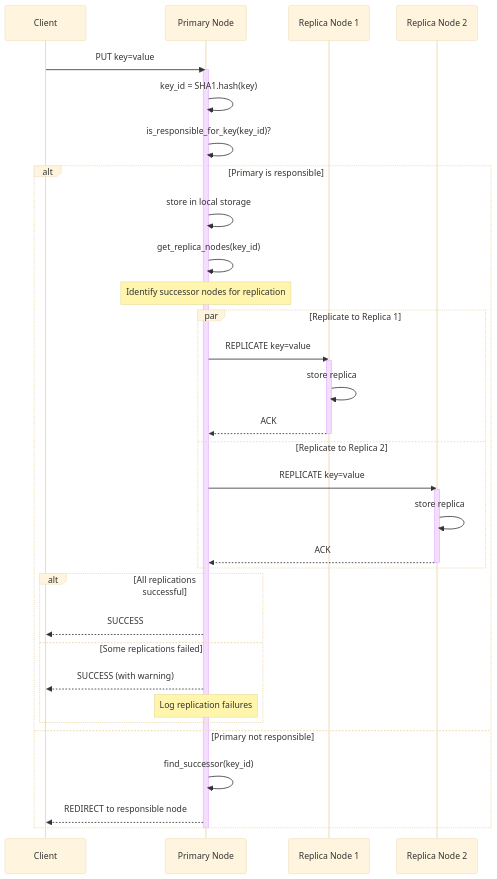
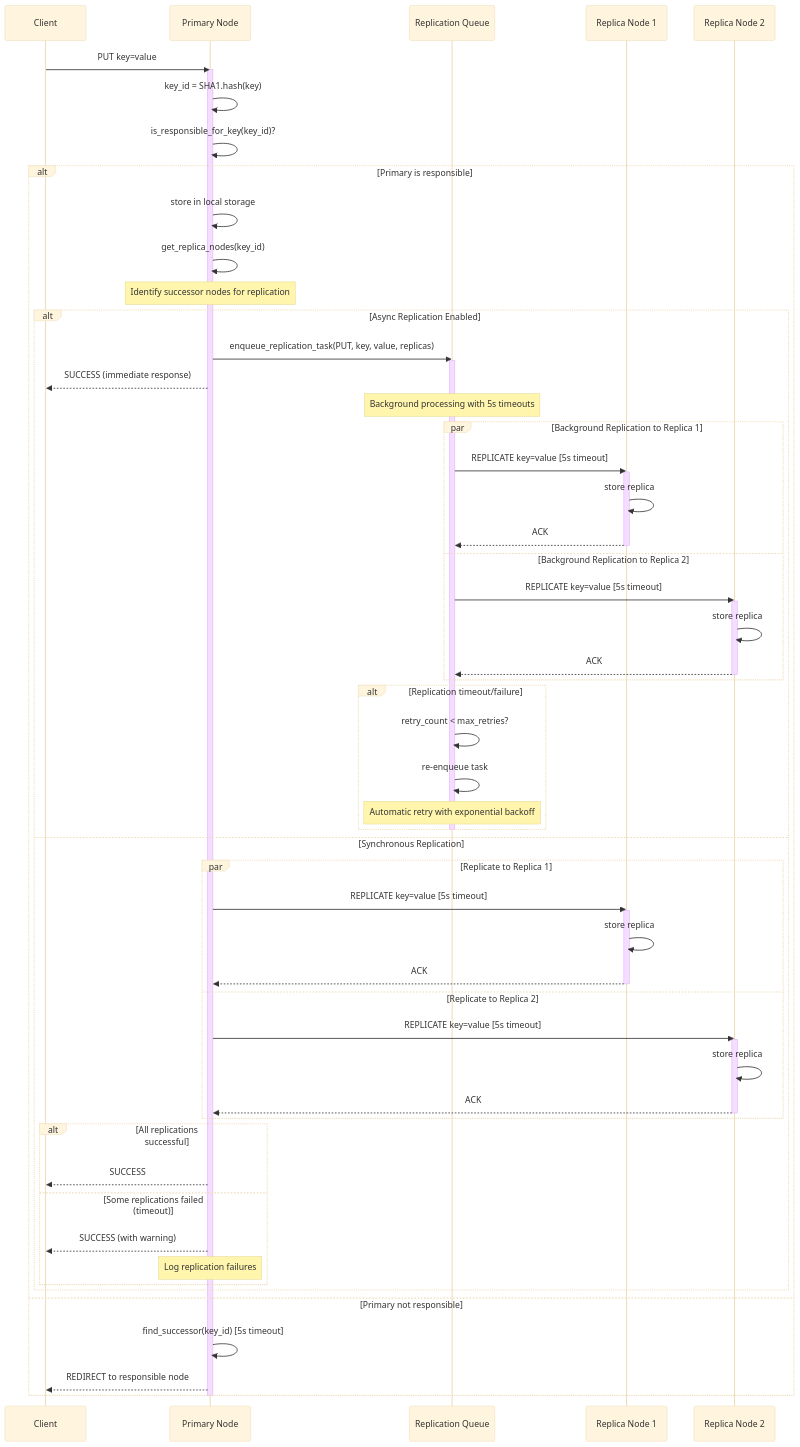
Before and after one commit to ryogrid/FunnelKVS-CPP: the fourth of 7 diagrams in CHORD_COMMUNICATION_SEQUENCE.md, drawn with Mermaid (base theme). The commit also changed other lines of this file and 3 other files, not shown here.

````diff
--- a/CHORD_COMMUNICATION_SEQUENCE.md
+++ b/CHORD_COMMUNICATION_SEQUENCE.md
@@ -178,45 +183,74 @@
 ```mermaid
 sequenceDiagram
     participant Client as Client
     participant PrimaryNode as Primary Node
+    participant ReplicationQueue as Replication Queue
     participant Replica1 as Replica Node 1
     participant Replica2 as Replica Node 2
 
     Client->>PrimaryNode: PUT key=value
     activate PrimaryNode
     
     PrimaryNode->>PrimaryNode: key_id = SHA1.hash(key)
     PrimaryNode->>PrimaryNode: is_responsible_for_key(key_id)?
     
     alt Primary is responsible
         PrimaryNode->>PrimaryNode: store in local storage
         
         PrimaryNode->>PrimaryNode: get_replica_nodes(key_id)
         Note over PrimaryNode: Identify successor nodes for replication
         
-        par Replicate to Replica 1
-            PrimaryNode->>Replica1: REPLICATE key=value
-            activate Replica1
-            Replica1->>Replica1: store replica
-            Replica1-->>PrimaryNode: ACK
-            deactivate Replica1
-        and Replicate to Replica 2
-            PrimaryNode->>Replica2: REPLICATE key=value
-            activate Replica2
-            Replica2->>Replica2: store replica
-            Replica2-->>PrimaryNode: ACK
-            deactivate Replica2
-        end
-        
-        alt All replications successful
-            PrimaryNode-->>Client: SUCCESS
-        else Some replications failed
-            PrimaryNode-->>Client: SUCCESS (with warning)
-            Note over PrimaryNode: Log replication failures
+        alt Async Replication Enabled
+            PrimaryNode->>ReplicationQueue: enqueue_replication_task(PUT, key, value, replicas)
+            activate ReplicationQueue
+            PrimaryNode-->>Client: SUCCESS (immediate response)
+            Note over ReplicationQueue: Background processing with 5s timeouts
+            
+            par Background Replication to Replica 1
+                ReplicationQueue->>Replica1: REPLICATE key=value [5s timeout]
+                activate Replica1
+                Replica1->>Replica1: store replica
+                Replica1-->>ReplicationQueue: ACK
+                deactivate Replica1
+            and Background Replication to Replica 2
+                ReplicationQueue->>Replica2: REPLICATE key=value [5s timeout]
+                activate Replica2
+                Replica2->>Replica2: store replica
+                Replica2-->>ReplicationQueue: ACK
+                deactivate Replica2
+            end
+            
+            alt Replication timeout/failure
+                ReplicationQueue->>ReplicationQueue: retry_count < max_retries?
+                ReplicationQueue->>ReplicationQueue: re-enqueue task
+                Note over ReplicationQueue: Automatic retry with exponential backoff
+            end
+            deactivate ReplicationQueue
+        else Synchronous Replication
+            par Replicate to Replica 1
+                PrimaryNode->>Replica1: REPLICATE key=value [5s timeout]
+                activate Replica1
+                Replica1->>Replica1: store replica
+                Replica1-->>PrimaryNode: ACK
+                deactivate Replica1
+            and Replicate to Replica 2
+                PrimaryNode->>Replica2: REPLICATE key=value [5s timeout]
+                activate Replica2
+                Replica2->>Replica2: store replica
+                Replica2-->>PrimaryNode: ACK
+                deactivate Replica2
+            end
+            
+            alt All replications successful
+                PrimaryNode-->>Client: SUCCESS
+            else Some replications failed (timeout)
+                PrimaryNode-->>Client: SUCCESS (with warning)
+                Note over PrimaryNode: Log replication failures
+            end
         end
     else Primary not responsible
-        PrimaryNode->>PrimaryNode: find_successor(key_id)
+        PrimaryNode->>PrimaryNode: find_successor(key_id) [5s timeout]
         PrimaryNode-->>Client: REDIRECT to responsible node
     end
     deactivate PrimaryNode
 ```
````
